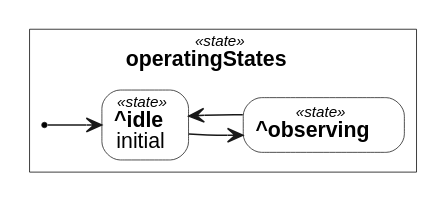
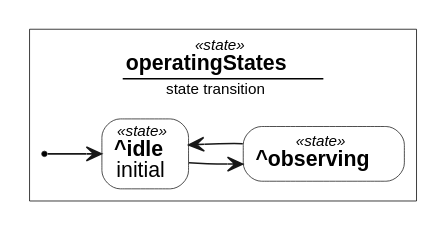
Before and after one commit to Open-MBEE/OpenSysML: the second of 2 diagrams in internal/doc/docrender/testdata/telescope_report.dot.golden.md, drawn with Graphviz. The commit also changed 25 other files, not shown here.

````diff
--- a/internal/doc/docrender/testdata/telescope_report.dot.golden.md
+++ b/internal/doc/docrender/testdata/telescope_report.dot.golden.md
@@ -106,22 +106,22 @@
 ```dot
 // kind: state
 // stated: the diagram states kind "state"
 // layout: dot
 digraph {
   graph [fontname="Helvetica", rankdir=LR];
   node [shape=box, style=filled, fillcolor=white, color="#181818", fontname="Helvetica", fontsize=14, penwidth=0.5];
   edge [color="#181818", fontname="Helvetica", fontsize=13, penwidth=1];
   subgraph "cluster_n0" {
-    label=<<font point-size="10"><i>«state»</i></font><br/><b>operatingStates</b>>;
+    label=<<table border="0" cellborder="0" cellspacing="0" cellpadding="2"><tr><td><font point-size="10"><i>«state»</i></font><br/><b>operatingStates</b></td></tr><hr/><tr><td><font point-size="10">state transition</font></td></tr></table>>;
     color=black;
     penwidth=0.5;
     "n0" [shape=point, style=invis, width=0, height=0, label=""];
     "n3" [shape=point, fillcolor=black, label=""];
     "n1" [style="rounded,filled", label=<<font point-size="10"><i>«state»</i></font><br/><b>^idle</b><br/>initial>];
     "n2" [style="rounded,filled", label=<<font point-size="10"><i>«state»</i></font><br/><b>^observing</b>>];
   }
   "n3" -> "n1" [arrowhead=vee];
   "n1" -> "n2" [arrowhead=vee];
   "n2" -> "n1" [arrowhead=vee];
 }
 ```
````
